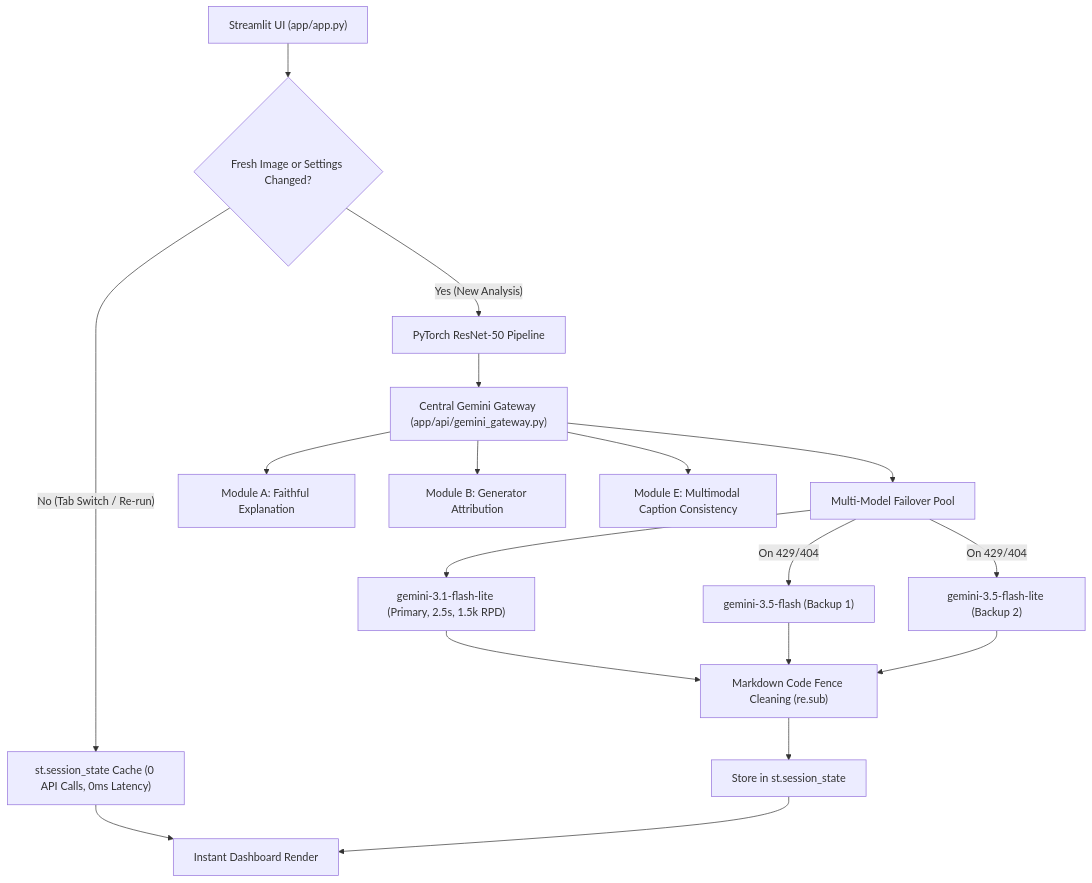
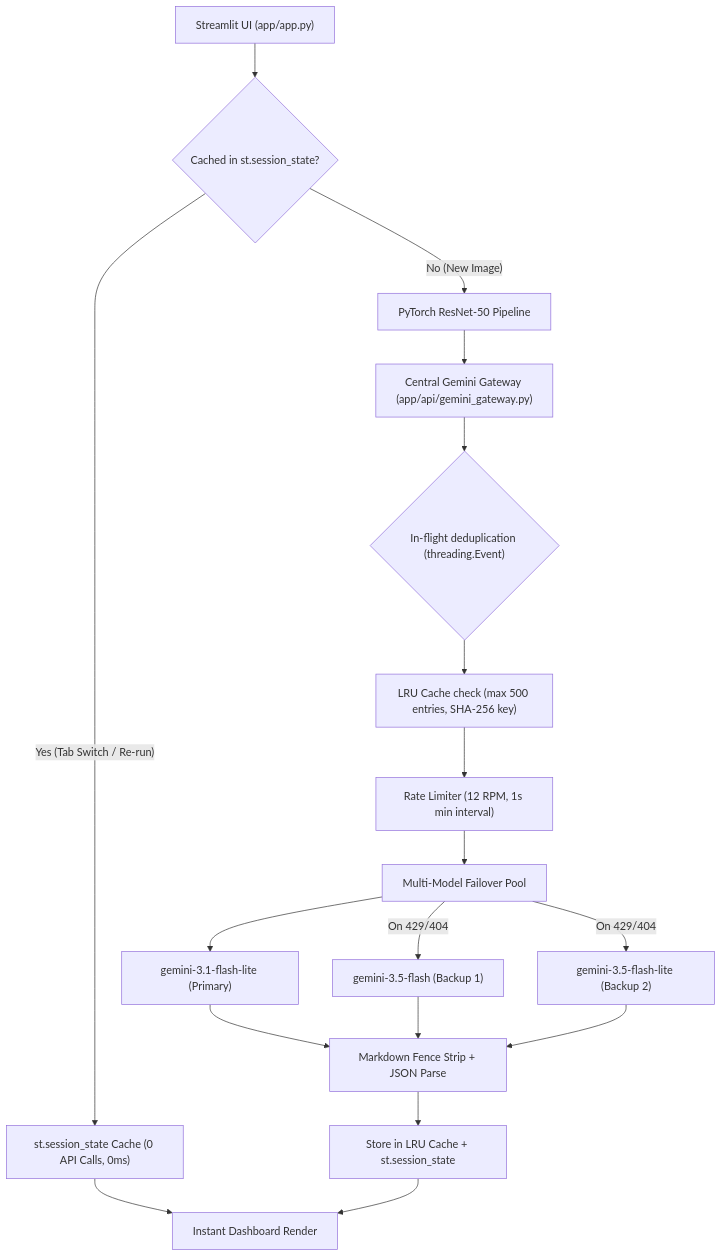
One commit to rominkevadiya/ALGONAUTS_INTERNAL_LJ_HACK changed the fourth of 4 diagrams in docs/02_system_architecture.md. Above: the diagram before and after it, drawn with Mermaid. The commit also changed other lines of this file and 16 other files, not shown here.

````diff
--- a/docs/02_system_architecture.md
+++ b/docs/02_system_architecture.md
@@ -87,20 +100,18 @@
 ```mermaid
 graph TD
-    UI["Streamlit UI (app/app.py)"] --> Check{"Fresh Image or Settings Changed?"}
-    Check -- "No (Tab Switch / Re-run)" --> Cache["st.session_state Cache (0 API Calls, 0ms Latency)"]
+    UI["Streamlit UI (app/app.py)"] --> Check{"Cached in st.session_state?"}
+    Check -- "Yes (Tab Switch / Re-run)" --> Cache["st.session_state Cache (0 API Calls, 0ms)"]
     Cache --> Render["Instant Dashboard Render"]
-    Check -- "Yes (New Analysis)" --> PyTorch["PyTorch ResNet-50 Pipeline"]
+    Check -- "No (New Image)" --> PyTorch["PyTorch ResNet-50 Pipeline"]
     PyTorch --> Gateway["Central Gemini Gateway (app/api/gemini_gateway.py)"]
-    Gateway --> ModA["Module A: Faithful Explanation"]
-    Gateway --> ModB["Module B: Generator Attribution"]
-    Gateway --> ModE["Module E: Multimodal Caption Consistency"]
-    Gateway --> Pool["Multi-Model Failover Pool"]
-    Pool --> M1["gemini-3.1-flash-lite (Primary, 2.5s, 1.5k RPD)"]
+    Gateway --> InFlight{"In-flight deduplication (threading.Event)"}
+    InFlight --> LRUCache["LRU Cache check (max 500 entries, SHA-256 key)"]
+    LRUCache --> RateLimit["Rate Limiter (12 RPM, 1s min interval)"]
+    RateLimit --> Pool["Multi-Model Failover Pool"]
+    Pool --> M1["gemini-3.1-flash-lite (Primary)"]
     Pool -- "On 429/404" --> M2["gemini-3.5-flash (Backup 1)"]
     Pool -- "On 429/404" --> M3["gemini-3.5-flash-lite (Backup 2)"]
-    M1 --> Clean["Markdown Code Fence Cleaning (re.sub)"]
-    M2 --> Clean
-    M3 --> Clean
-    Clean --> Store["Store in st.session_state"]
+    M1 & M2 & M3 --> Clean["Markdown Fence Strip + JSON Parse"]
+    Clean --> Store["Store in LRU Cache + st.session_state"]
     Store --> Render
 ```
````
